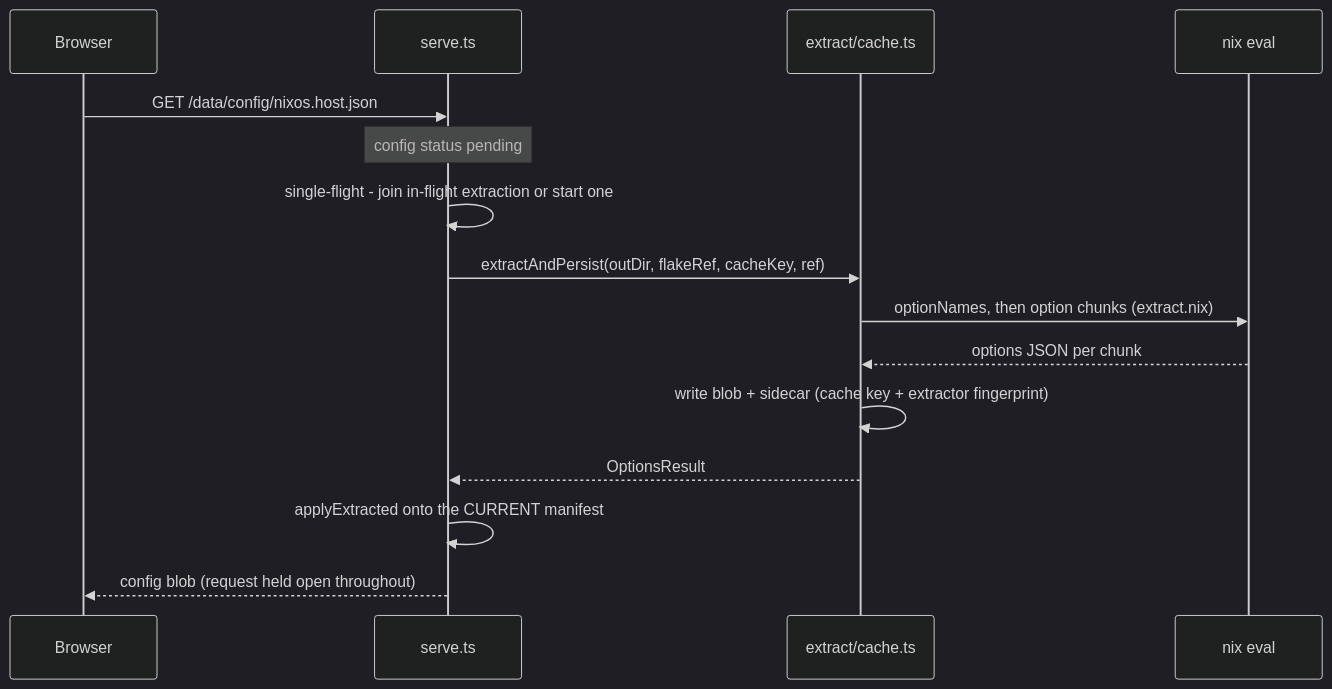
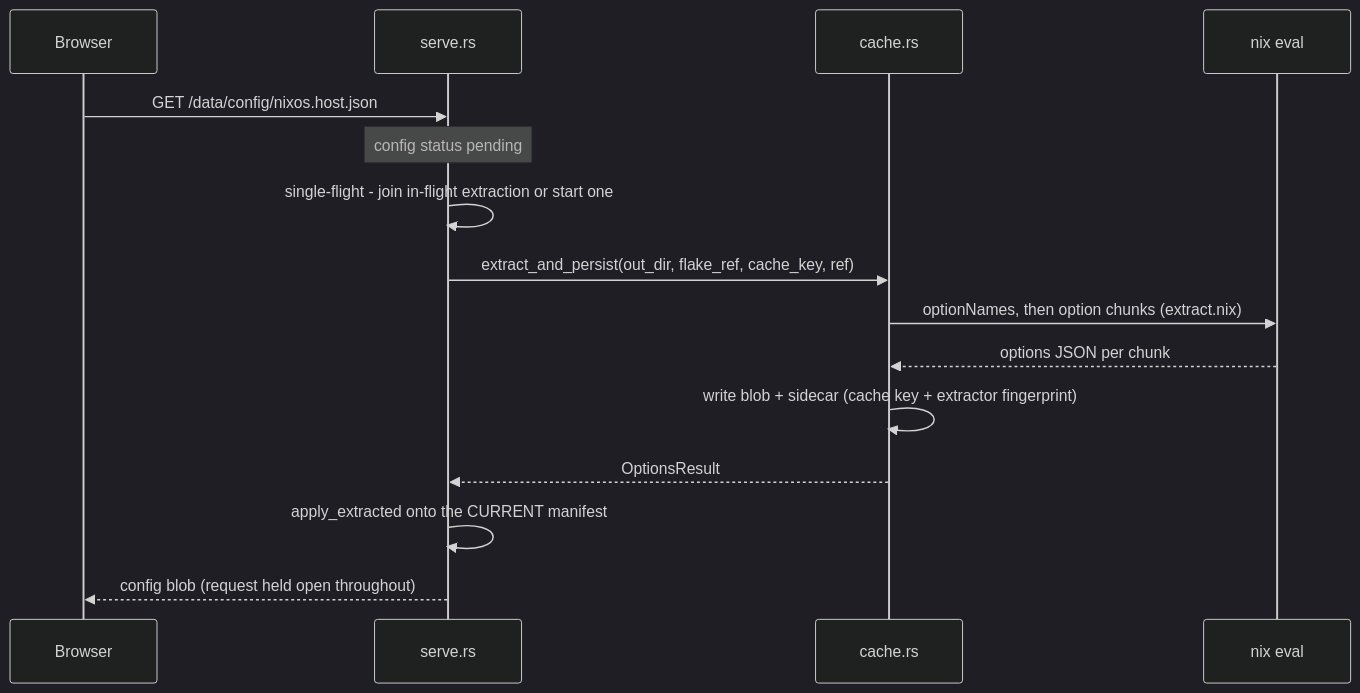
Before and after one commit to kriswill/flake-explorer: the diagram in docs/extraction-pipeline.md, drawn with Mermaid (dark theme). The commit also changed other lines of this file and 10 other files, not shown here.

````diff
--- a/docs/extraction-pipeline.md
+++ b/docs/extraction-pipeline.md
@@ -9,18 +9,18 @@
 ```mermaid
 sequenceDiagram
   participant B as Browser
-  participant S as serve.ts
-  participant C as extract/cache.ts
+  participant S as serve.rs
+  participant C as cache.rs
   participant N as nix eval
 
   B->>S: GET /data/config/nixos.host.json
   Note over S: config status pending
   S->>S: single-flight - join in-flight extraction or start one
-  S->>C: extractAndPersist(outDir, flakeRef, cacheKey, ref)
+  S->>C: extract_and_persist(out_dir, flake_ref, cache_key, ref)
   C->>N: optionNames, then option chunks (extract.nix)
   N-->>C: options JSON per chunk
   C->>C: write blob + sidecar (cache key + extractor fingerprint)
   C-->>S: OptionsResult
-  S->>S: applyExtracted onto the CURRENT manifest
+  S->>S: apply_extracted onto the CURRENT manifest
   S-->>B: config blob (request held open throughout)
 ```
````
